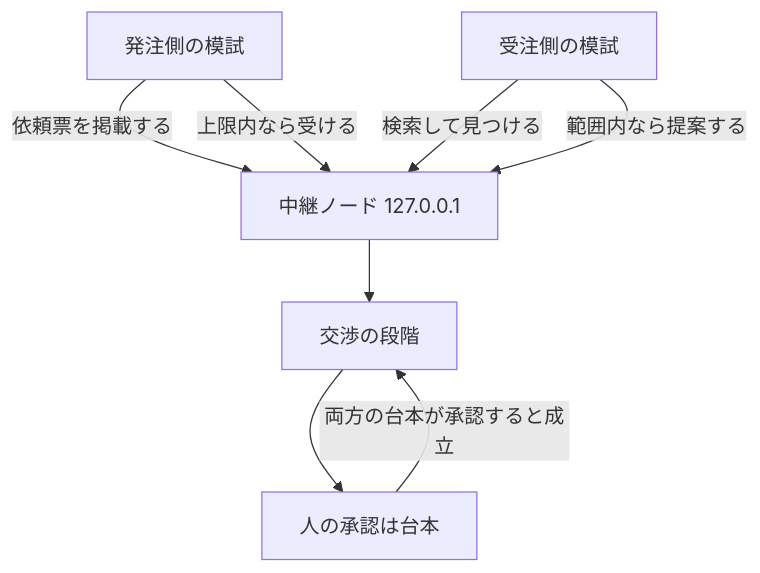
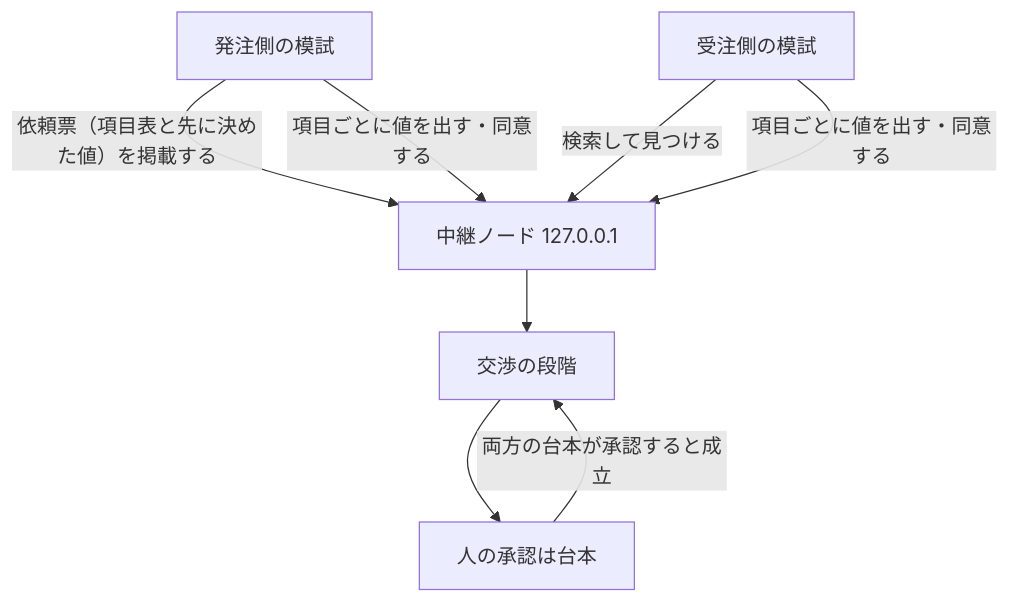
The first of 2 diagrams in docs/local-trial.md (ranma-s/a2aix), drawn with Mermaid before and after one commit. The commit also changed other lines of this file and 13 other files, not shown here.

````diff
--- a/docs/local-trial.md
+++ b/docs/local-trial.md
@@ -7,16 +7,16 @@
 ```mermaid
 flowchart TD
   poster["発注側の模試"]
   worker["受注側の模試"]
   node["中継ノード 127.0.0.1"]
   machine["交渉の段階"]
   humans["人の承認は台本"]
 
-  poster -->|"依頼票を掲載する"| node
+  poster -->|"依頼票（項目表と先に決めた値）を掲載する"| node
   worker -->|"検索して見つける"| node
-  worker -->|"範囲内なら提案する"| node
-  poster -->|"上限内なら受ける"| node
+  worker -->|"項目ごとに値を出す・同意する"| node
+  poster -->|"項目ごとに値を出す・同意する"| node
   node --> machine
   machine --> humans
   humans -->|"両方の台本が承認すると成立"| machine
 ```
````
